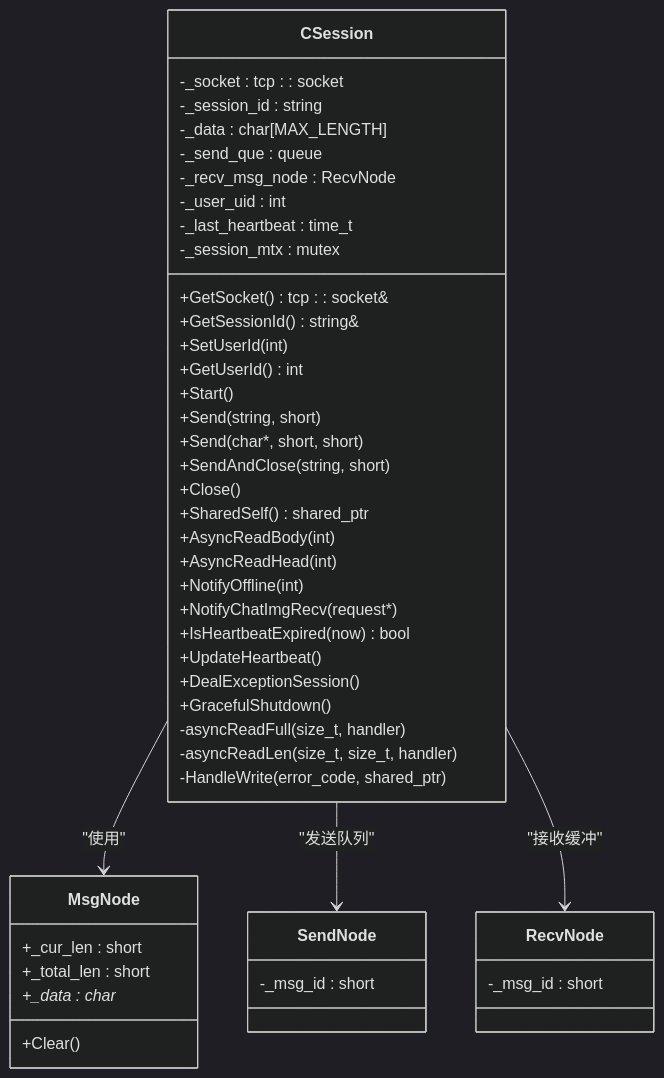
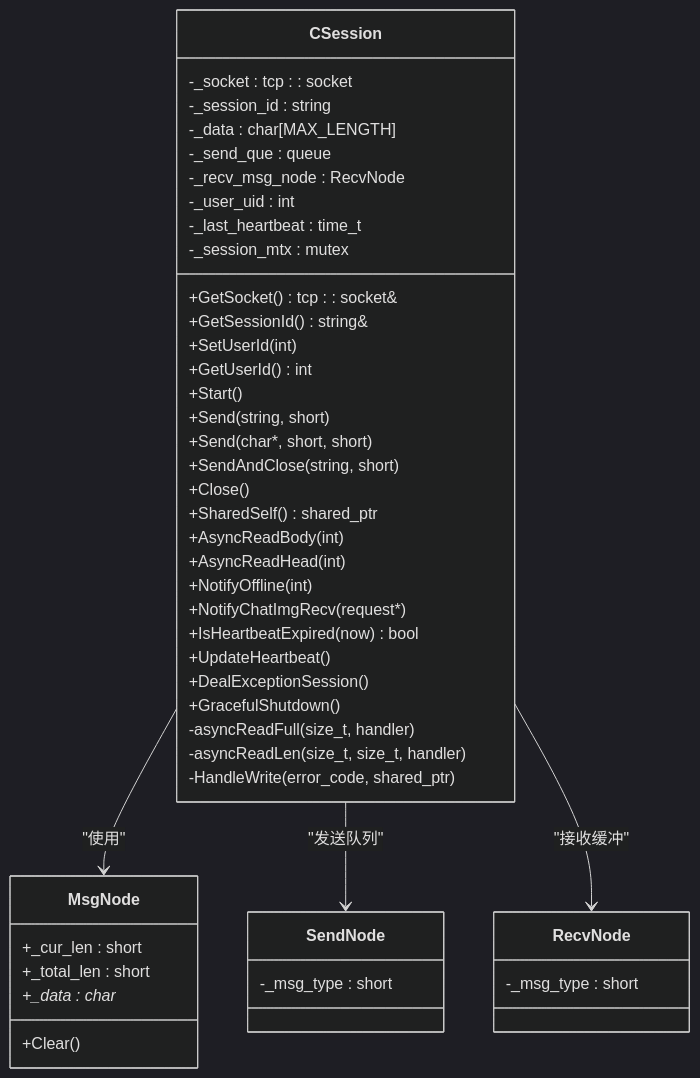
One commit to echo9923/mychatter changed the third of 8 diagrams in .qoder/repowiki/zh/content/服务端开发/ChatServer聊天核心服务/ChatServer聊天核心服务.md. Above: the diagram before and after it, drawn with Mermaid (dark theme). The commit also changed other lines of this file and 128 other files, not shown here.

First line of the commit message:
refactor(protocol): TCP 帧头消息类型 msg_id 全局改名为 msg_type

````diff
--- a/.qoder/repowiki/zh/content/服务端开发/ChatServer聊天核心服务/ChatServer聊天核心服务.md
+++ b/.qoder/repowiki/zh/content/服务端开发/ChatServer聊天核心服务/ChatServer聊天核心服务.md
@@ -170,49 +170,49 @@
 ```mermaid
 classDiagram
 class CSession {
 +GetSocket() tcp : : socket&
 +GetSessionId() string&
 +SetUserId(int)
 +GetUserId() int
 +Start()
 +Send(string, short)
 +Send(char*, short, short)
 +SendAndClose(string, short)
 +Close()
 +SharedSelf() shared_ptr<CSession>
 +AsyncReadBody(int)
 +AsyncReadHead(int)
 +NotifyOffline(int)
 +NotifyChatImgRecv(request*)
 +IsHeartbeatExpired(now) bool
 +UpdateHeartbeat()
 +DealExceptionSession()
 +GracefulShutdown()
 -asyncReadFull(size_t, handler)
 -asyncReadLen(size_t, size_t, handler)
 -HandleWrite(error_code, shared_ptr<CSession>)
 -_socket : tcp : : socket
 -_session_id : string
 -_data : char[MAX_LENGTH]
 -_send_que : queue<SendNode>
 -_recv_msg_node : RecvNode
 -_user_uid : int
 -_last_heartbeat : time_t
 -_session_mtx : mutex
 }
 class MsgNode {
 +Clear()
 +_cur_len : short
 +_total_len : short
 +_data : char*
 }
 class SendNode {
--_msg_id : short
+-_msg_type : short
 }
 class RecvNode {
--_msg_id : short
+-_msg_type : short
 }
 CSession --> MsgNode : "使用"
 CSession --> SendNode : "发送队列"
 CSession --> RecvNode : "接收缓冲"
 ```
````
